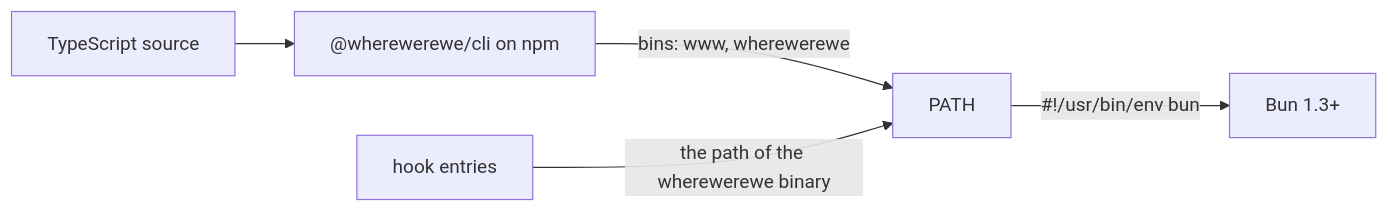
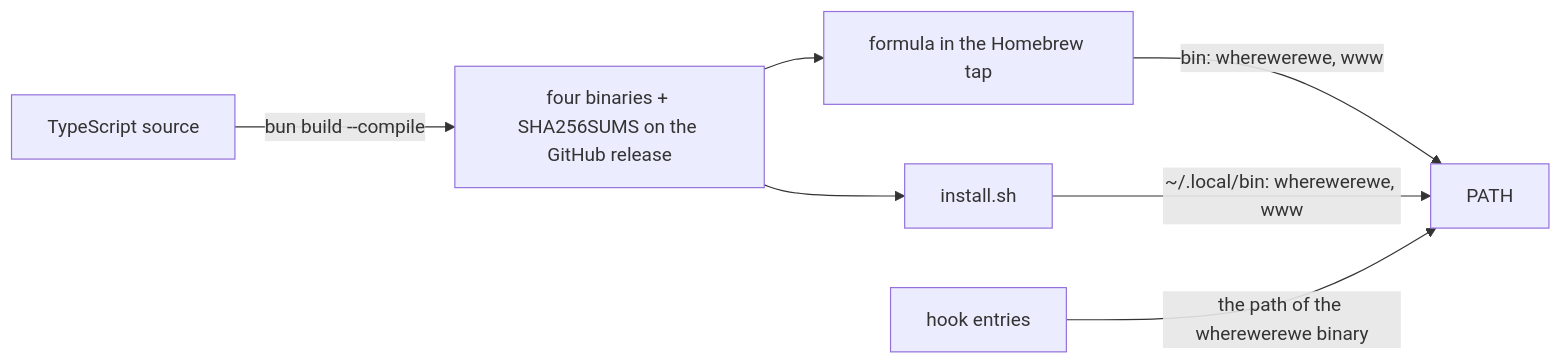
Before and after one commit to zgeoff/wherewerewe: the diagram in docs/design/wherewerewe/shipping.md, drawn with Mermaid. The commit also changed other lines of this file and 89 other files, not shown here.

First line of the commit message:
feat: ship compiled binaries through a brew tap and an install script (#43)

````diff
--- a/docs/design/wherewerewe/shipping.md
+++ b/docs/design/wherewerewe/shipping.md
@@ -10,7 +10,9 @@
 ```mermaid
 flowchart LR
-  src[TypeScript source] --> npm["@wherewerewe/cli on npm"]
-  npm -->|"bins: www, wherewerewe"| path[PATH]
-  path -->|"#!/usr/bin/env bun"| bun[Bun 1.3+]
+  src[TypeScript source] -->|"bun build --compile"| bins["four binaries + SHA256SUMS on the GitHub release"]
+  bins --> formula["formula in the Homebrew tap"]
+  bins --> script["install.sh"]
+  formula -->|"bin: wherewerewe, www"| path[PATH]
+  script -->|"~/.local/bin: wherewerewe, www"| path
   hooks[hook entries] -->|"the path of the wherewerewe binary"| path
 ```
````
